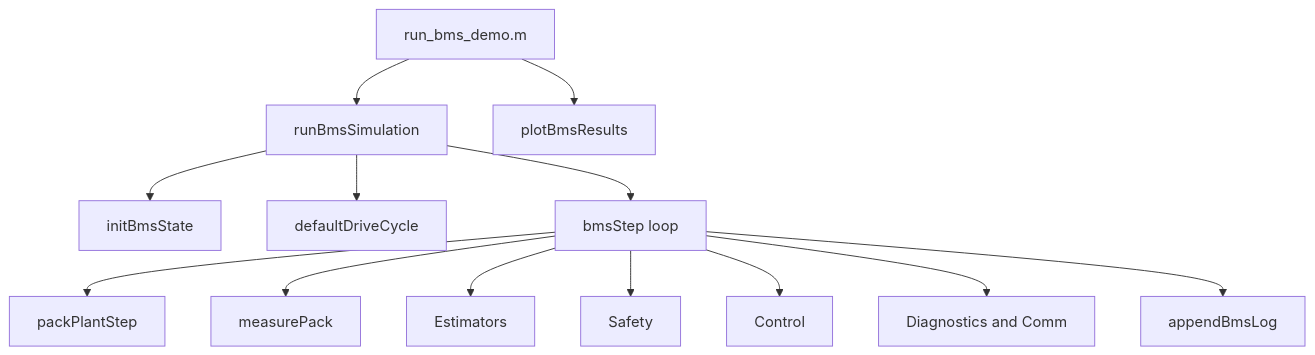
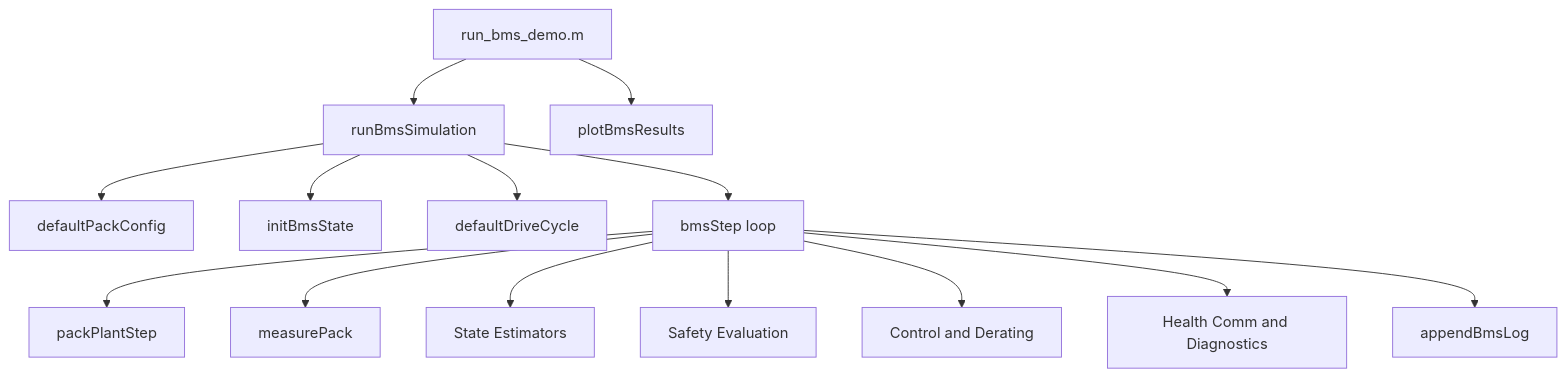
The second of 2 diagrams in README.md (Mazidur90/Battery-managment-System-Simulation-eith-discharge-state-and-modbus-Modesl-___MATALB), drawn with Mermaid before and after one commit. The commit also changed other lines of this file and 1 other file, not shown here.

````diff
--- a/README.md
+++ b/README.md
@@ -136,15 +94,16 @@
 ```mermaid
 flowchart TD
     A[run_bms_demo.m] --> B[runBmsSimulation]
-    B --> C[initBmsState]
-    B --> D[defaultDriveCycle]
-    B --> E[bmsStep loop]
-    E --> F[packPlantStep]
-    E --> G[measurePack]
-    E --> H[Estimators]
-    E --> I[Safety]
-    E --> J[Control]
-    E --> K[Diagnostics and Comm]
-    E --> L[appendBmsLog]
-    A --> M[plotBmsResults]
+    B --> C[defaultPackConfig]
+    B --> D[initBmsState]
+    B --> E[defaultDriveCycle]
+    B --> F[bmsStep loop]
+    F --> G[packPlantStep]
+    F --> H[measurePack]
+    F --> I[State Estimators]
+    F --> J[Safety Evaluation]
+    F --> K[Control and Derating]
+    F --> L[Health Comm and Diagnostics]
+    F --> M[appendBmsLog]
+    A --> N[plotBmsResults]
 ```
````
